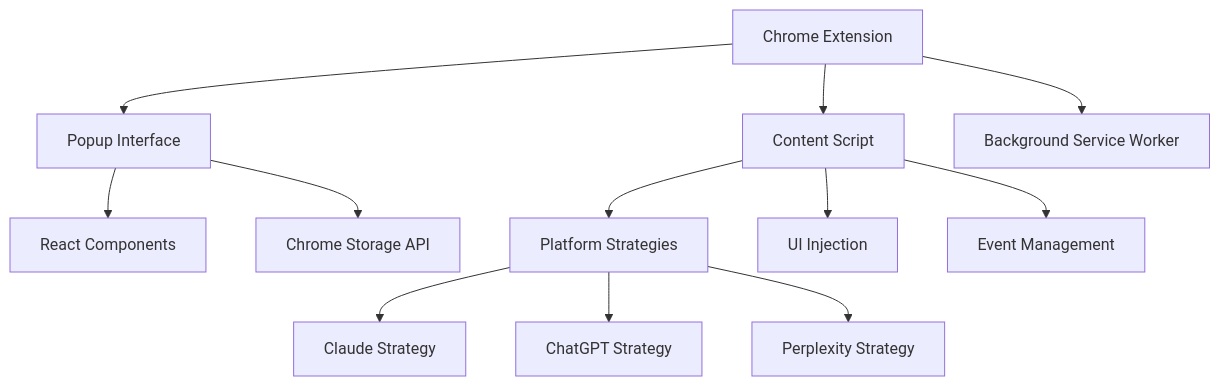
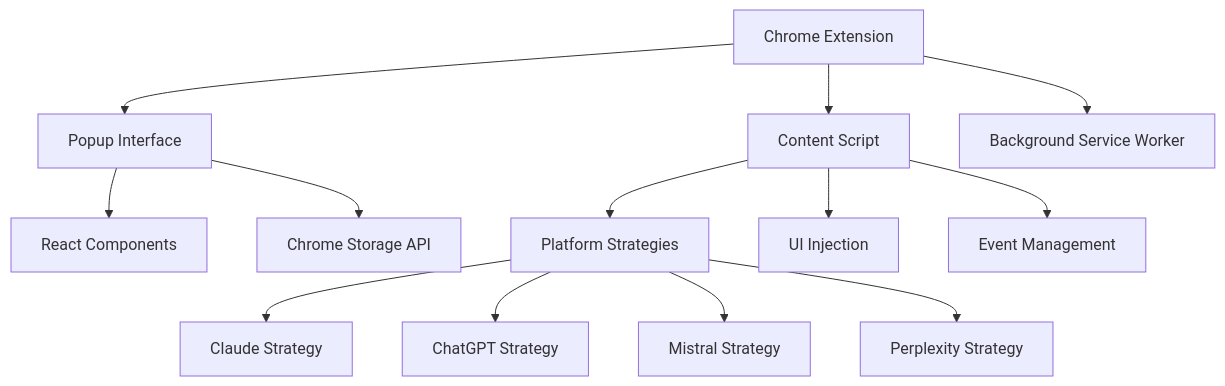
Before and after one commit to spartDev/My-Prompt-Manager: the diagram in README.md, drawn with Mermaid. The commit also changed other lines of this file, not shown here.

First line of the commit message:
docs: update README to reflect Mistral LeChat integration

````diff
--- a/README.md
+++ b/README.md
@@ -123,17 +124,18 @@
 ```mermaid
 graph TD
     A[Chrome Extension] --> B[Popup Interface]
     A --> C[Content Script]
     A --> D[Background Service Worker]
     
     B --> E[React Components]
     B --> F[Chrome Storage API]
     
     C --> G[Platform Strategies]
     C --> H[UI Injection]
     C --> I[Event Management]
     
     G --> J[Claude Strategy]
     G --> K[ChatGPT Strategy]
-    G --> L[Perplexity Strategy]
+    G --> L[Mistral Strategy]
+    G --> M[Perplexity Strategy]
 ```
````
